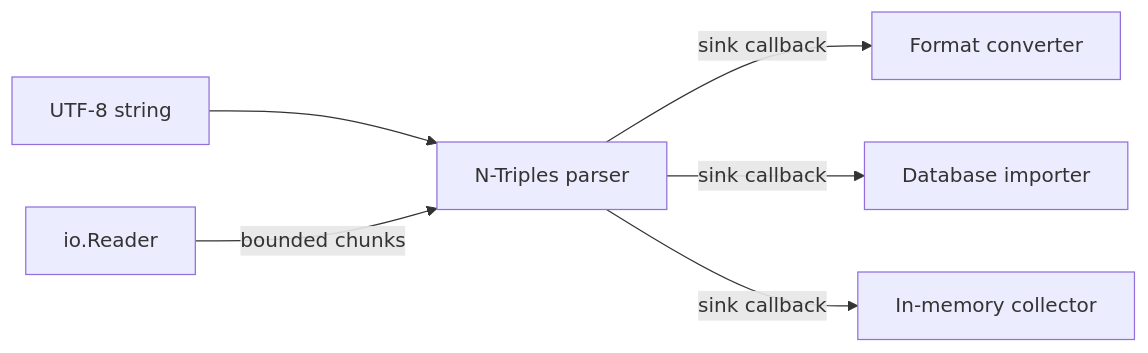
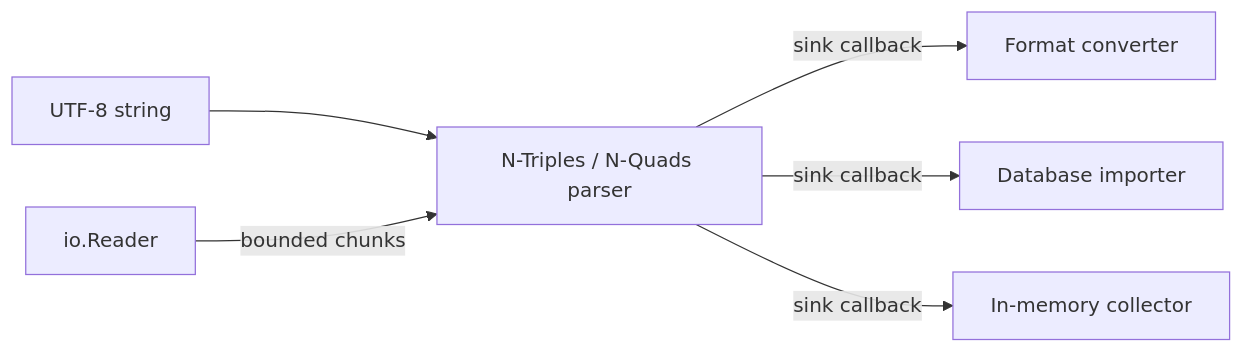
One commit to crapthings/odin-rdf changed the diagram in README.md. Above: the diagram before and after it, drawn with Mermaid. The commit also changed other lines of this file and 6 other files, not shown here.

````diff
--- a/README.md
+++ b/README.md
@@ -33,8 +33,8 @@
 ```mermaid
 flowchart LR
-    Memory[UTF-8 string] --> Parser[N-Triples parser]
+    Memory[UTF-8 string] --> Parser[N-Triples / N-Quads parser]
     Reader[io.Reader] -->|bounded chunks| Parser
     Parser -->|sink callback| Converter[Format converter]
     Parser -->|sink callback| Database[Database importer]
     Parser -->|sink callback| Collector[In-memory collector]
 ```
````
